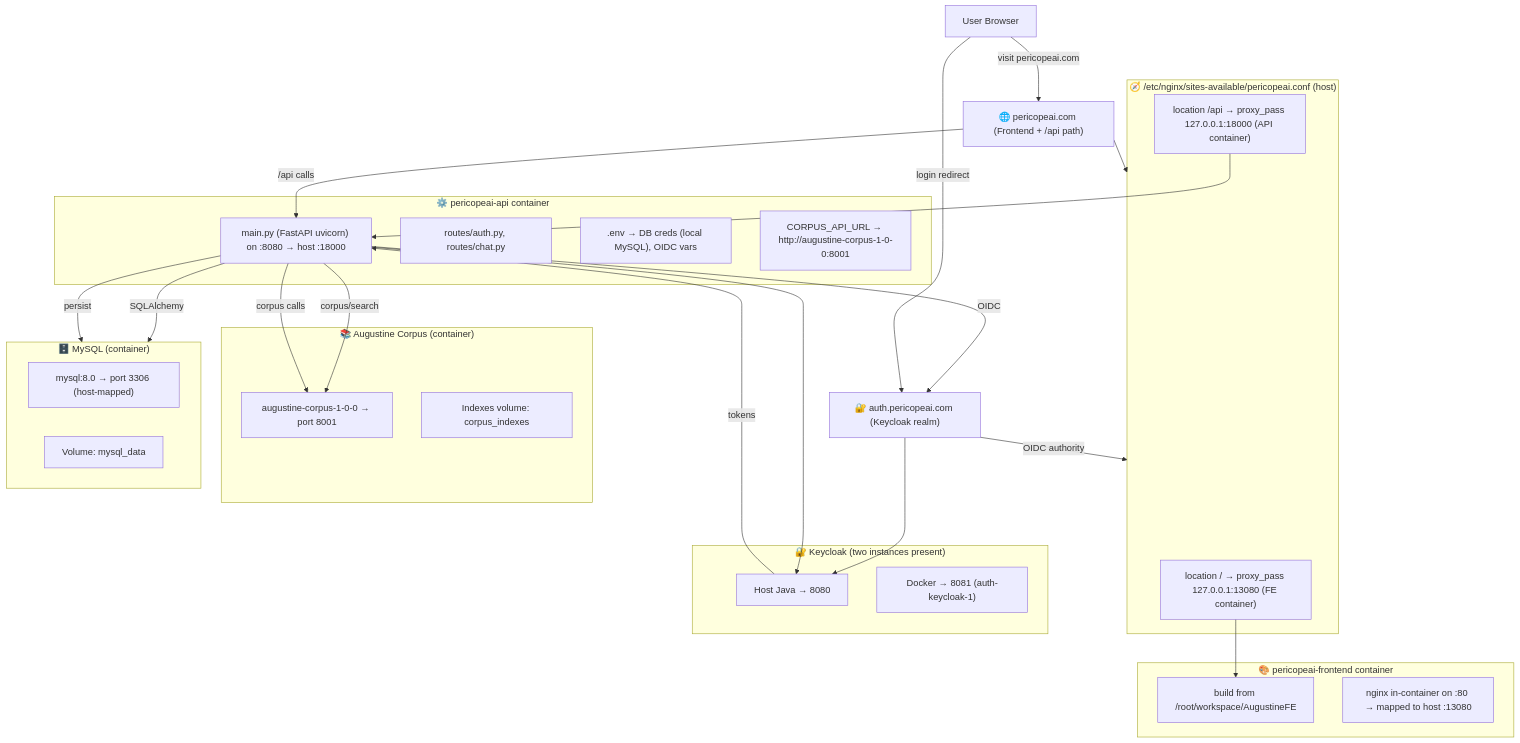
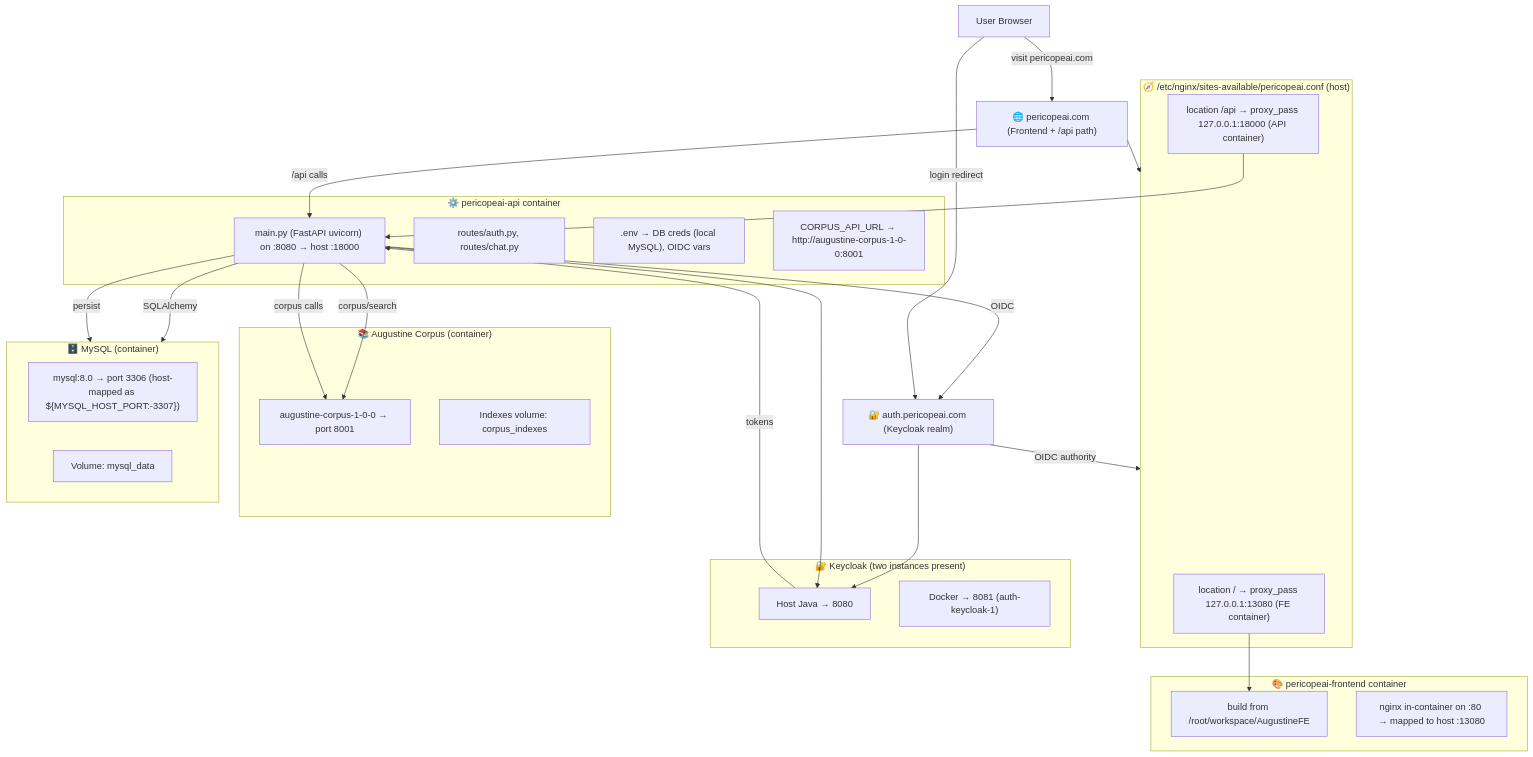
One commit to benlagrone/fortress-phronesis changed the diagram in docs/pericope-ai.mmd. Above: the diagram before and after it, drawn with Mermaid. The commit also changed 5 other files, not shown here.

```diff
--- a/docs/pericope-ai.mmd
+++ b/docs/pericope-ai.mmd
@@ -1,66 +1,66 @@
 graph TD
 
 %% ─── ENTRYPOINTS ─────────────────────────────
 A1["🌐 pericopeai.com (Frontend + /api path)"]
 A2["🔐 auth.pericopeai.com (Keycloak realm)"]
 
 %% ─── NGINX CONFIGURATION ─────────────────────
 subgraph S1["🧭 /etc/nginx/sites-available/pericopeai.conf (host)"]
   S1a["location / → proxy_pass 127.0.0.1:13080 (FE container)"]
   S1b["location /api → proxy_pass 127.0.0.1:18000 (API container)"]
 end
 
 A1 --> S1
 A2 -->|OIDC authority| S1
 
 %% ─── FRONTEND (CONTAINER) ─────────────────────
 subgraph S2["🎨 pericopeai-frontend container"]
   S2a["build from /root/workspace/AugustineFE"]
   S2b["nginx in-container on :80 → mapped to host :13080"]
 end
 
 S1a --> S2a
 
 %% ─── BACKEND (CONTAINER) ─────────────────────
 subgraph S3["⚙️ pericopeai-api container"]
   S3a["main.py (FastAPI uvicorn) on :8080 → host :18000"]
   S3b["routes/auth.py, routes/chat.py"]
   S3c[".env → DB creds (local MySQL), OIDC vars"]
   S3d["CORPUS_API_URL → http://augustine-corpus-1-0-0:8001"]
 end
 
 S1b --> S3a
 S3a -->|OIDC| A2
 S3a -->|corpus/search| S4a
 
 %% ─── CORPUS SERVICE ──────────────────────────
 subgraph S4["📚 Augustine Corpus (container)"]
   S4a["augustine-corpus-1-0-0 → port 8001"]
   S4b["Indexes volume: corpus_indexes"]
 end
 
 %% ─── DATABASE ────────────────────────────────
 subgraph S5["🗄️ MySQL (container)"]
-  S5a["mysql:8.0 → port 3306 (host-mapped)"]
+  S5a["mysql:8.0 → port 3306 (host-mapped as ${MYSQL_HOST_PORT:-3307})"]
   S5b["Volume: mysql_data"]
 end
 
 S3a -->|SQLAlchemy| S5
 
 %% ─── AUTH SERVER ─────────────────────────────
 subgraph S6["🔐 Keycloak (two instances present)"]
   S6a["Host Java → 8080"]
   S6b["Docker → 8081 (auth-keycloak-1)"]
 end
 
 A2 --> S6a
 S3a --> S6a
 
 %% ─── LOGICAL FLOW ────────────────────────────
 User["User Browser"] -->|visit pericopeai.com| A1
 User -->|login redirect| A2
 A1 -->|/api calls| S3a
 S3a -->|persist| S5
 S6a -->|tokens| S3a
 S3a -->|corpus calls| S4a
 %% Note: API served via path /api on pericopeai.com (api.* subdomain unused).
```
